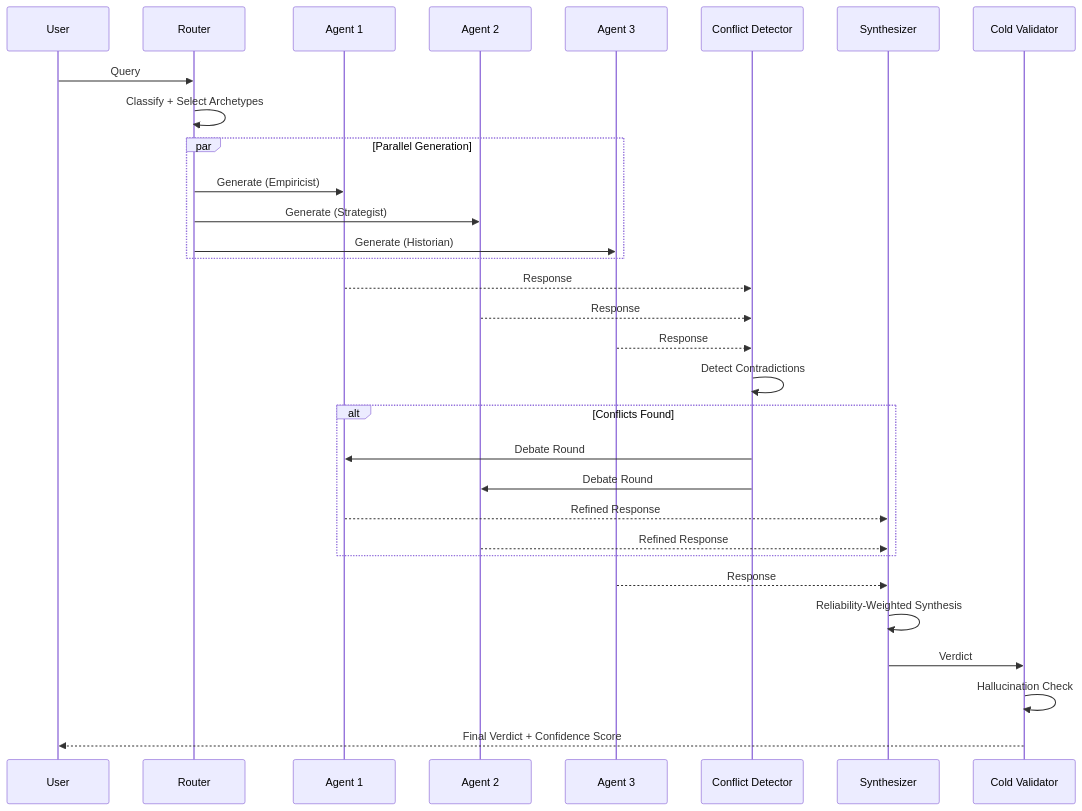
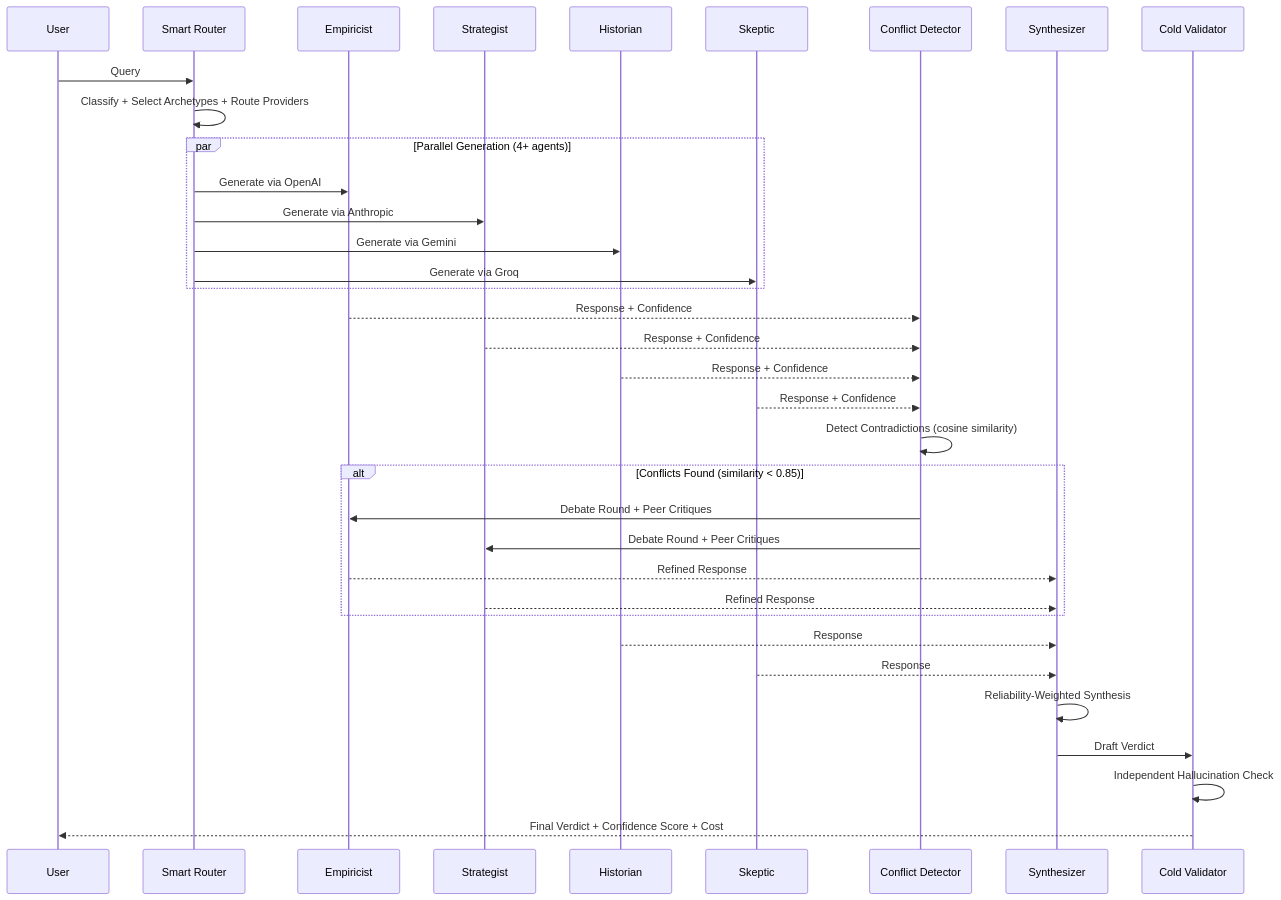
One commit to Yash-Awasthi/Judica changed the first of 2 diagrams in README.md. Above: the diagram before and after it, drawn with Mermaid. The commit also changed other lines of this file and 96 other files, not shown here.

````diff
--- a/README.md
+++ b/README.md
@@ -41,39 +43,43 @@
 ```mermaid
 sequenceDiagram
     participant U as User
-    participant R as Router
-    participant A1 as Agent 1
-    participant A2 as Agent 2
-    participant A3 as Agent 3
+    participant R as Smart Router
+    participant A1 as Empiricist
+    participant A2 as Strategist
+    participant A3 as Historian
+    participant A4 as Skeptic
     participant CD as Conflict Detector
     participant S as Synthesizer
     participant V as Cold Validator
 
     U->>R: Query
-    R->>R: Classify + Select Archetypes
+    R->>R: Classify + Select Archetypes + Route Providers
 
-    par Parallel Generation
-        R->>A1: Generate (Empiricist)
-        R->>A2: Generate (Strategist)
-        R->>A3: Generate (Historian)
+    par Parallel Generation (4+ agents)
+        R->>A1: Generate via OpenAI
+        R->>A2: Generate via Anthropic
+        R->>A3: Generate via Gemini
+        R->>A4: Generate via Groq
     end
 
-    A1-->>CD: Response
-    A2-->>CD: Response
-    A3-->>CD: Response
+    A1-->>CD: Response + Confidence
+    A2-->>CD: Response + Confidence
+    A3-->>CD: Response + Confidence
+    A4-->>CD: Response + Confidence
 
-    CD->>CD: Detect Contradictions
+    CD->>CD: Detect Contradictions (cosine similarity)
 
-    alt Conflicts Found
-        CD->>A1: Debate Round
-        CD->>A2: Debate Round
+    alt Conflicts Found (similarity < 0.85)
+        CD->>A1: Debate Round + Peer Critiques
+        CD->>A2: Debate Round + Peer Critiques
         A1-->>S: Refined Response
         A2-->>S: Refined Response
     end
 
     A3-->>S: Response
+    A4-->>S: Response
     S->>S: Reliability-Weighted Synthesis
-    S->>V: Verdict
-    V->>V: Hallucination Check
-    V-->>U: Final Verdict + Confidence Score
+    S->>V: Draft Verdict
+    V->>V: Independent Hallucination Check
+    V-->>U: Final Verdict + Confidence Score + Cost
 ```
````
